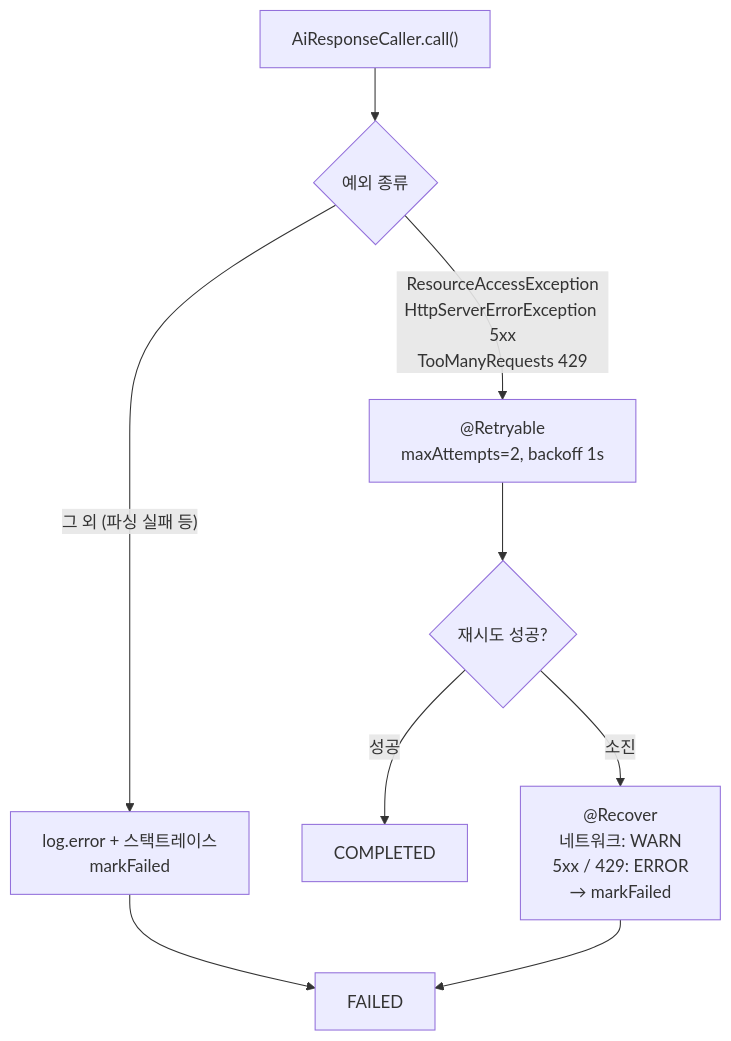
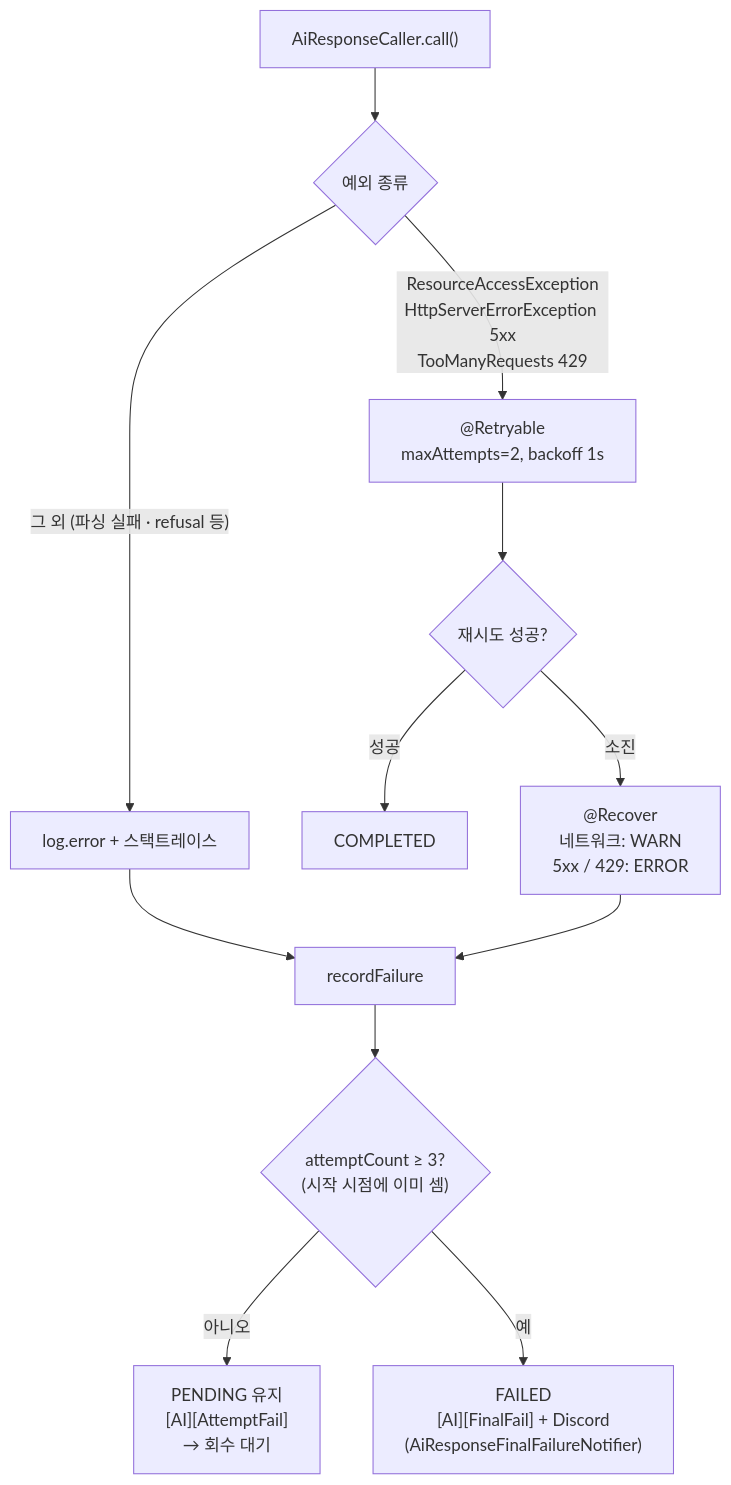
Before and after one commit to hearu-application/backend: the sixth of 8 diagrams in docs/architecture.md, drawn with Mermaid. The commit also changed other lines of this file and 28 other files, not shown here.

First line of the commit message:
feat(ai-response): AI 응답 실패 시 PENDING 유지 및 회수 스케줄러로 자동 재실행

````diff
--- a/docs/architecture.md
+++ b/docs/architecture.md
@@ -231,14 +256,17 @@
 ```mermaid
 graph TD
     Call["AiResponseCaller.call()"] --> Q{예외 종류}
 
     Q -->|"ResourceAccessException<br/>HttpServerErrorException 5xx<br/>TooManyRequests 429"| Retry["@Retryable<br/>maxAttempts=2, backoff 1s"]
-    Q -->|"그 외 (파싱 실패 등)"| Unhandled["log.error + 스택트레이스<br/>markFailed"]
+    Q -->|"그 외 (파싱 실패 · refusal 등)"| Unhandled["log.error + 스택트레이스"]
 
     Retry --> R2{재시도 성공?}
     R2 -->|성공| Done[COMPLETED]
-    R2 -->|소진| Recover["@Recover<br/>네트워크: WARN<br/>5xx / 429: ERROR<br/>→ markFailed"]
+    R2 -->|소진| Recover["@Recover<br/>네트워크: WARN<br/>5xx / 429: ERROR"]
 
-    Unhandled --> Failed[FAILED]
-    Recover --> Failed
+    Unhandled --> Record["recordFailure"]
+    Recover --> Record
+    Record --> R3{"attemptCount ≥ 3?<br/>(시작 시점에 이미 셈)"}
+    R3 -->|아니오| Pending["PENDING 유지<br/>[AI][AttemptFail]<br/>→ 회수 대기"]
+    R3 -->|예| Failed["FAILED<br/>[AI][FinalFail] + Discord<br/>(AiResponseFinalFailureNotifier)"]
 ```
````
